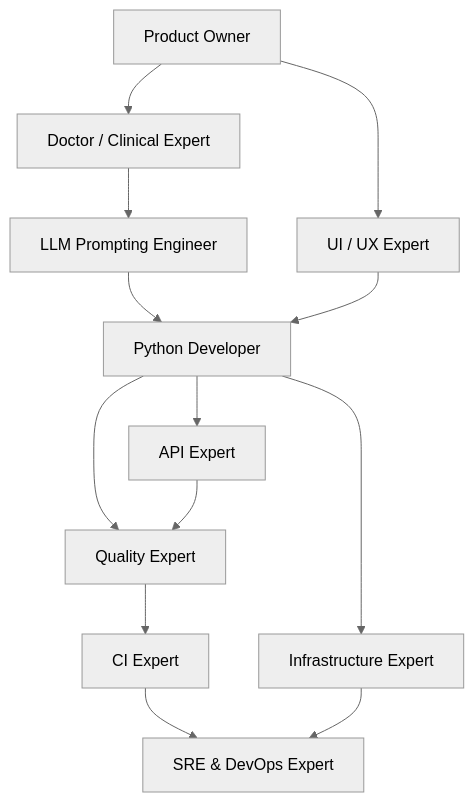
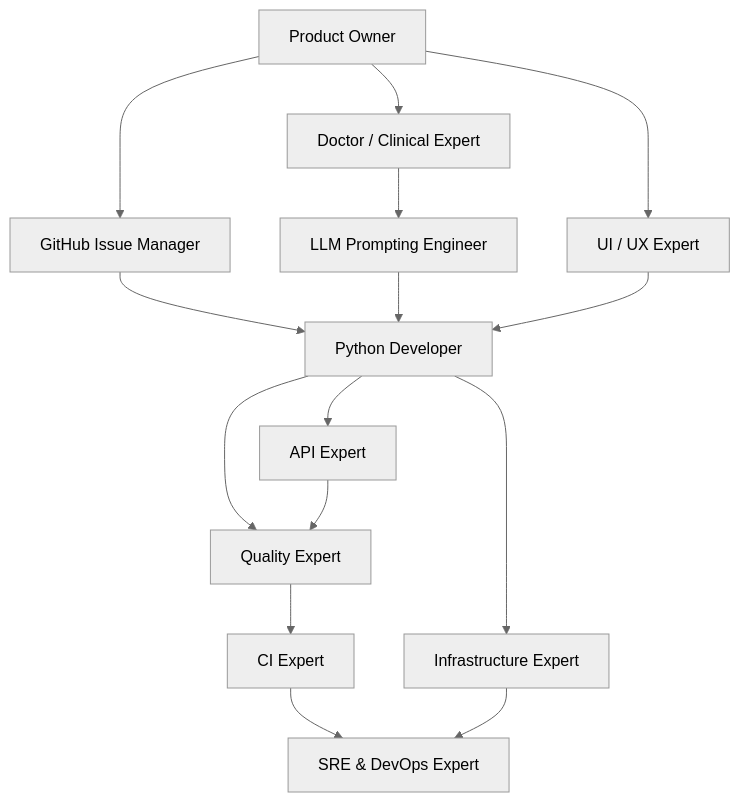
One commit to oncoflow/oncoflow changed the diagram in AGENTS.md. Above: the diagram before and after it, drawn with Mermaid (neutral theme). The commit also changed other lines of this file and 12 other files, not shown here.

Commit message:
feat(github): add 100% English Story/Feature/Bug YAML templates, auto-triage workflow, and issue-architect skill

````diff
--- a/AGENTS.md
+++ b/AGENTS.md
@@ -68,15 +68,17 @@
 ```mermaid
 graph TD
-    PO[Product Owner] --> MD[Doctor / Clinical Expert]
+    PO[Product Owner] --> IM[GitHub Issue Manager]
+    PO --> MD[Doctor / Clinical Expert]
     PO --> UX[UI / UX Expert]
+    IM --> PY[Python Developer]
     MD --> PM[LLM Prompting Engineer]
-    PM --> PY[Python Developer]
+    PM --> PY
     UX --> PY
     PY --> API[API Expert]
     PY --> QE[Quality Expert]
     API --> QE
     QE --> CI[CI Expert]
     PY --> IE[Infrastructure Expert]
     CI --> SRE[SRE & DevOps Expert]
     IE --> SRE
 ```
````
